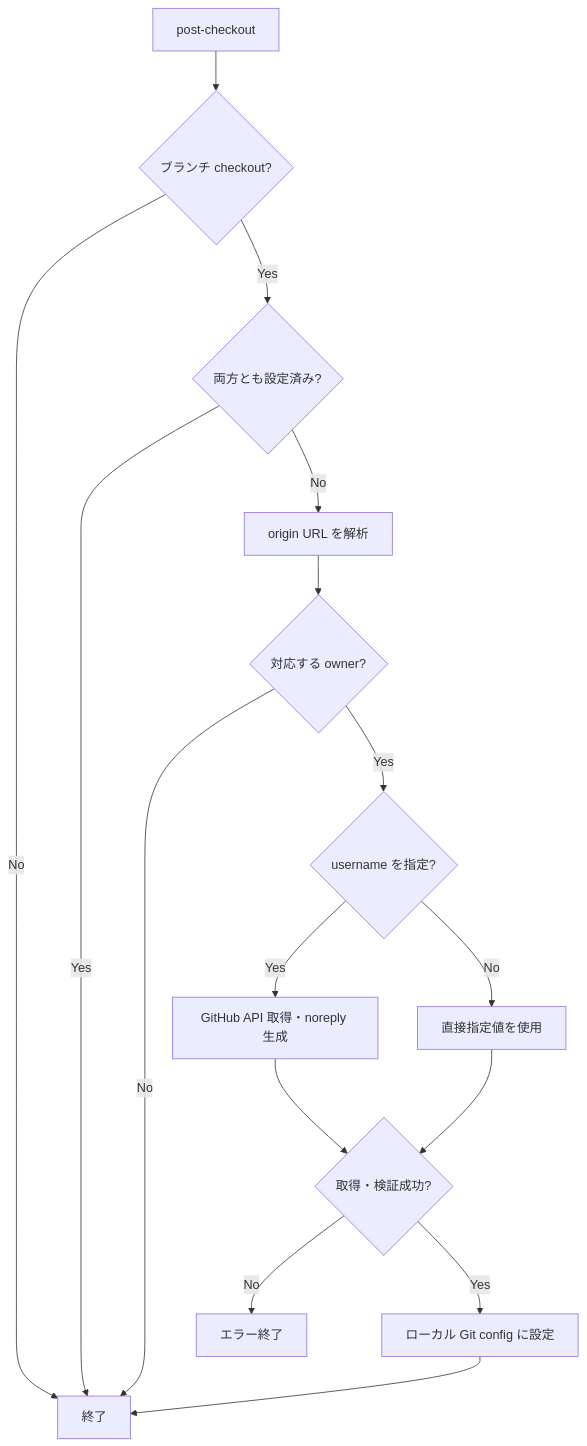
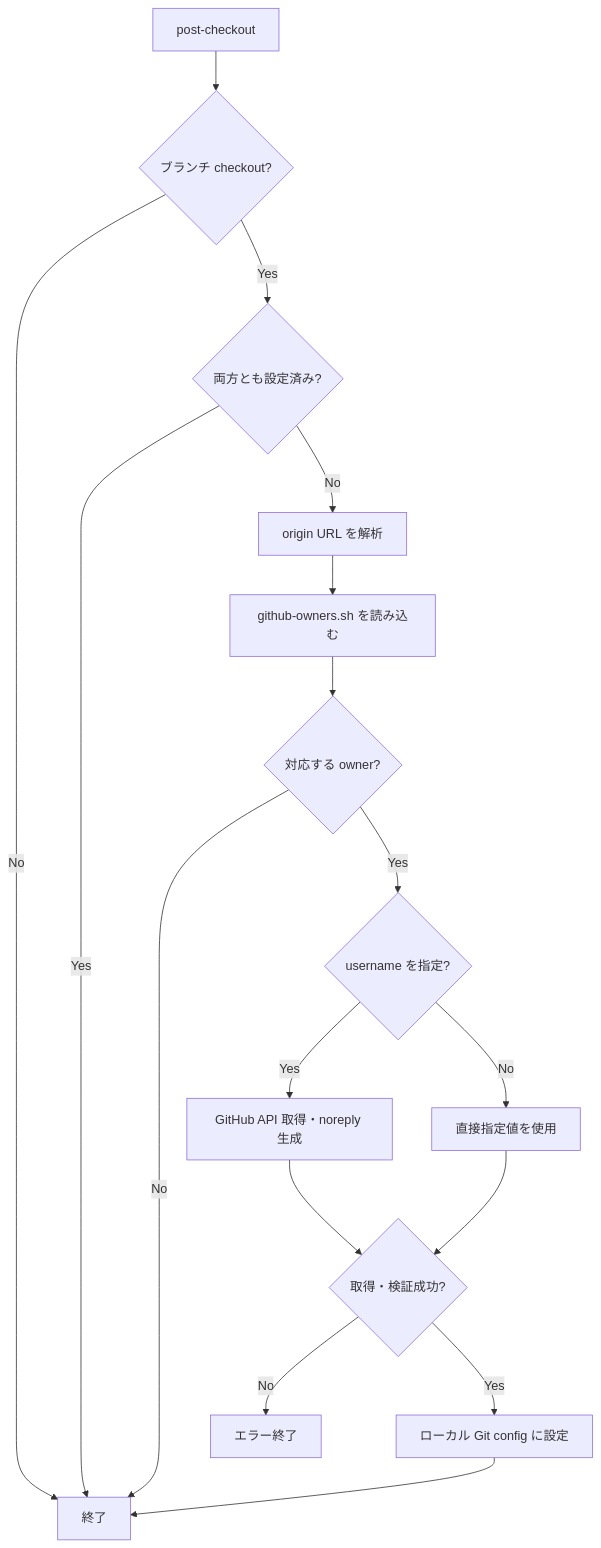
One commit to vast-cow/git-auto-identity changed the diagram in README.md. Above: the diagram before and after it, drawn with Mermaid. The commit also changed other lines of this file and 2 other files, not shown here.

Commit message:
Load owner mappings from github-owners.sh alongside the hook

````diff
--- a/README.md
+++ b/README.md
@@ -163,18 +171,19 @@
 ```mermaid
 flowchart TD
     A[post-checkout] --> B{ブランチ checkout?}
     B -- No --> Z[終了]
     B -- Yes --> C{両方とも設定済み?}
     C -- Yes --> Z
     C -- No --> D[origin URL を解析]
-    D --> E{対応する owner?}
+    D --> M[github-owners.sh を読み込む]
+    M --> E{対応する owner?}
     E -- No --> Z
     E -- Yes --> F{username を指定?}
     F -- Yes --> G[GitHub API 取得・noreply 生成]
     F -- No --> H[直接指定値を使用]
     G --> I{取得・検証成功?}
     H --> I
     I -- No --> X[エラー終了]
     I -- Yes --> J[ローカル Git config に設定]
     J --> Z
 ```
````
